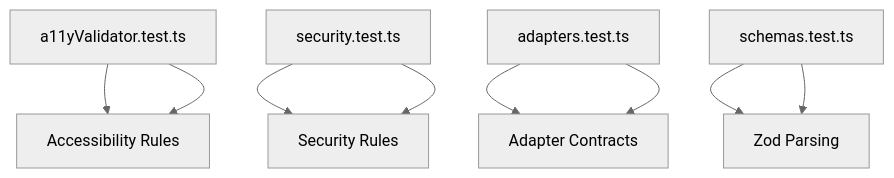
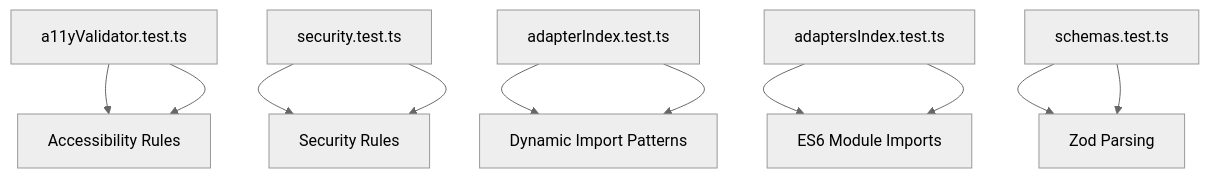
Before and after one commit to shekhargiri005-dotcom/AI-powered-accessibility-first-UI-engine: the ninth of 10 diagrams in .qoder/repowiki/en/content/Live Preview & Development Tools/Testing & Quality Assurance.md, drawn with Mermaid (neutral theme). The commit also changed other lines of this file and 7 other files, not shown here.

````diff
--- a/.qoder/repowiki/en/content/Live Preview & Development Tools/Testing & Quality Assurance.md
+++ b/.qoder/repowiki/en/content/Live Preview & Development Tools/Testing & Quality Assurance.md
@@ -290,11 +341,13 @@
 ```mermaid
 graph TB
 A11Y["a11yValidator.test.ts"] --> A11YCore["Accessibility Rules"]
 SEC["security.test.ts"] --> SECCore["Security Rules"]
-ADA["adapters.test.ts"] --> ADACore["Adapter Contracts"]
+ADA1["adapterIndex.test.ts"] --> ADACore["Dynamic Import Patterns"]
+ADA2["adaptersIndex.test.ts"] --> ADACore2["ES6 Module Imports"]
 SCH["schemas.test.ts"] --> SCHCore["Zod Parsing"]
 A11Y --> A11YCore
 SEC --> SECCore
-ADA --> ADACore
+ADA1 --> ADACore
+ADA2 --> ADACore2
 SCH --> SCHCore
 ```
````
